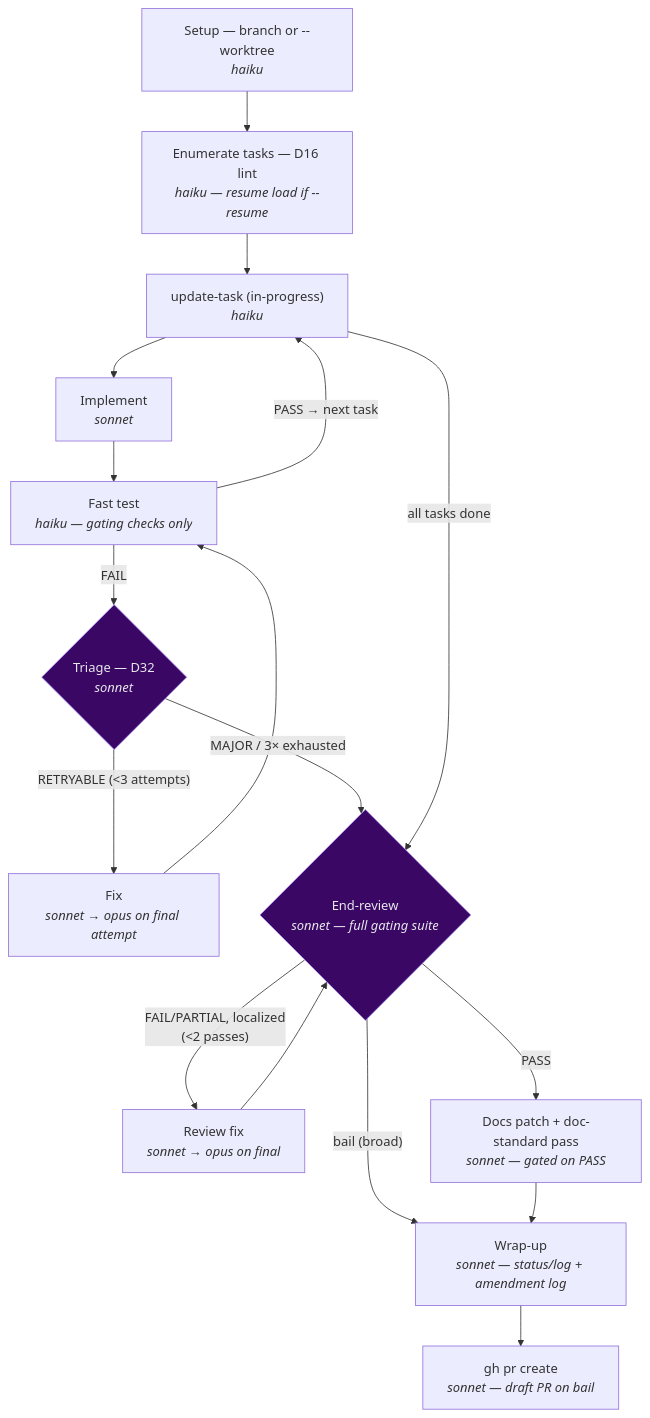
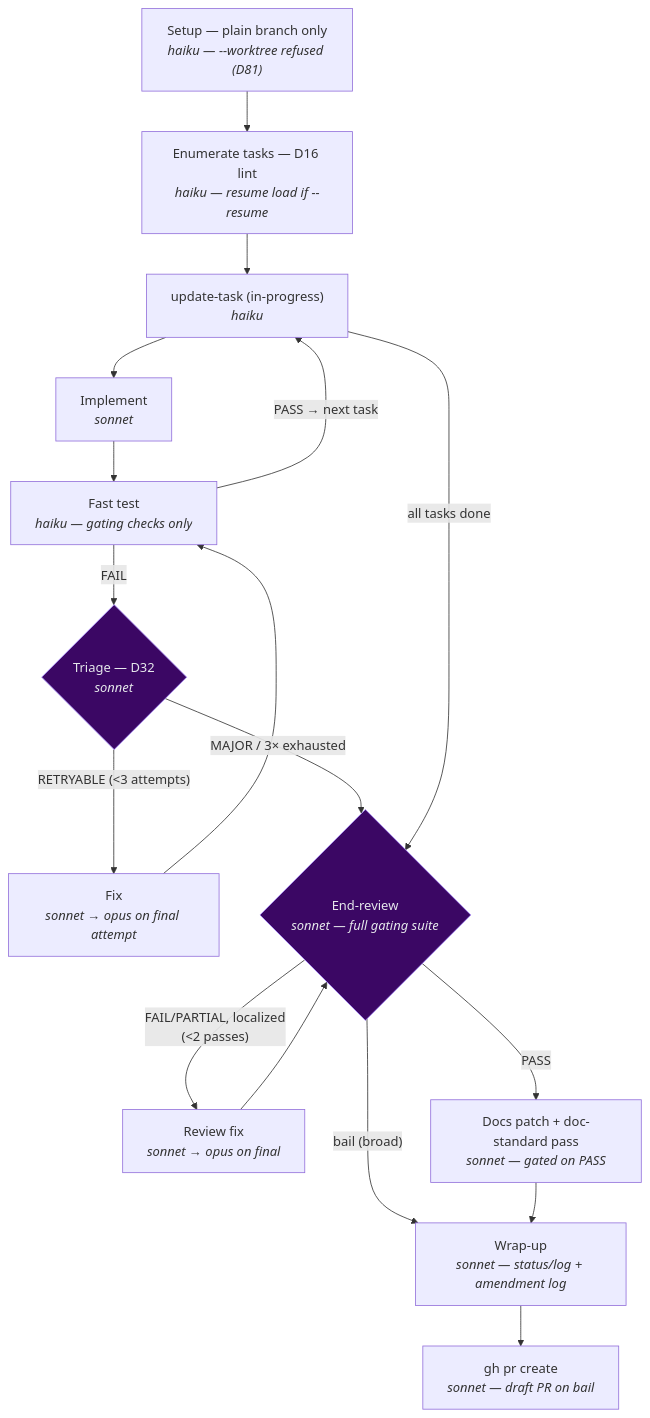
Before and after one commit to bredmond1019/agentic-base-template: the diagram in docs/workflows/sdlc-flow.md, drawn with Mermaid. The commit also changed other lines of this file and 8 other files, not shown here.

````diff
--- a/docs/workflows/sdlc-flow.md
+++ b/docs/workflows/sdlc-flow.md
@@ -78,22 +85,22 @@
 ```mermaid
 flowchart TD
-    Setup["Setup — branch or --worktree<br/><i>haiku</i>"] --> Enumerate["Enumerate tasks — D16 lint<br/><i>haiku — resume load if --resume</i>"]
+    Setup["Setup — plain branch only<br/><i>haiku — --worktree refused (D81)</i>"] --> Enumerate["Enumerate tasks — D16 lint<br/><i>haiku — resume load if --resume</i>"]
     Enumerate --> UpdateTask["update-task (in-progress)<br/><i>haiku</i>"]
     UpdateTask --> Implement["Implement<br/><i>sonnet</i>"]
     Implement --> FastTest["Fast test<br/><i>haiku — gating checks only</i>"]
     FastTest -- "FAIL" --> Triage{"Triage — D32<br/><i>sonnet</i>"}
     Triage -- "RETRYABLE (&lt;3 attempts)" --> Fix["Fix<br/><i>sonnet &rarr; opus on final attempt</i>"]
     Fix --> FastTest
     Triage -- "MAJOR / 3&times; exhausted" --> Review
     FastTest -- "PASS &rarr; next task" --> UpdateTask
     UpdateTask -- "all tasks done" --> Review{"End-review<br/><i>sonnet — full gating suite</i>"}
     Review -- "FAIL/PARTIAL, localized<br/>(&lt;2 passes)" --> ReviewFix["Review fix<br/><i>sonnet &rarr; opus on final</i>"]
     ReviewFix --> Review
     Review -- "PASS" --> Docs["Docs patch + doc-standard pass<br/><i>sonnet — gated on PASS</i>"]
     Review -- "bail (broad)" --> Wrapup["Wrap-up<br/><i>sonnet — status/log + amendment log</i>"]
     Docs --> Wrapup
     Wrapup --> PR["gh pr create<br/><i>sonnet — draft PR on bail</i>"]
 
     classDef gate fill:#3b0764,stroke:#a78bfa,color:#e5e7eb;
     class Review,Triage gate;
 ```
````
